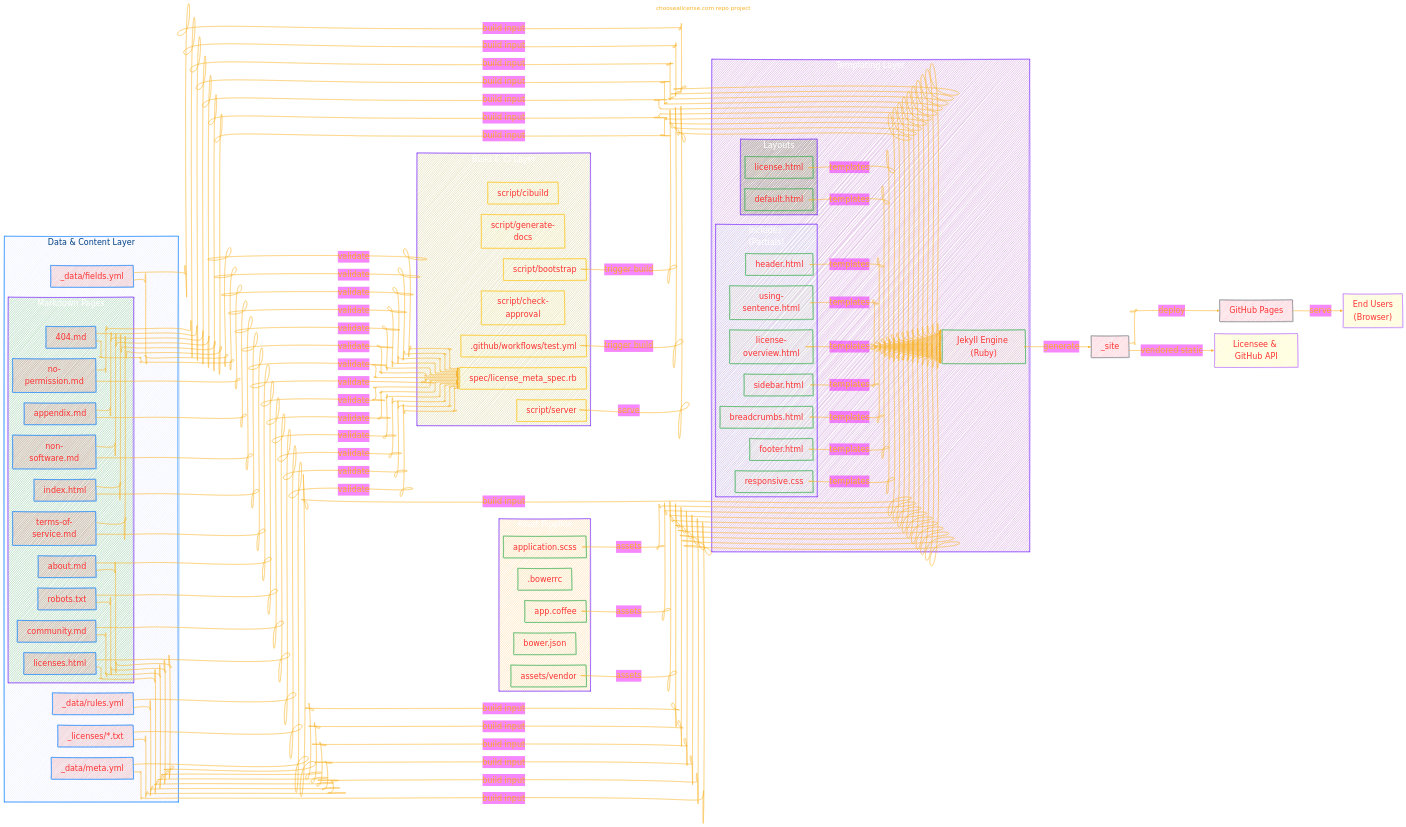
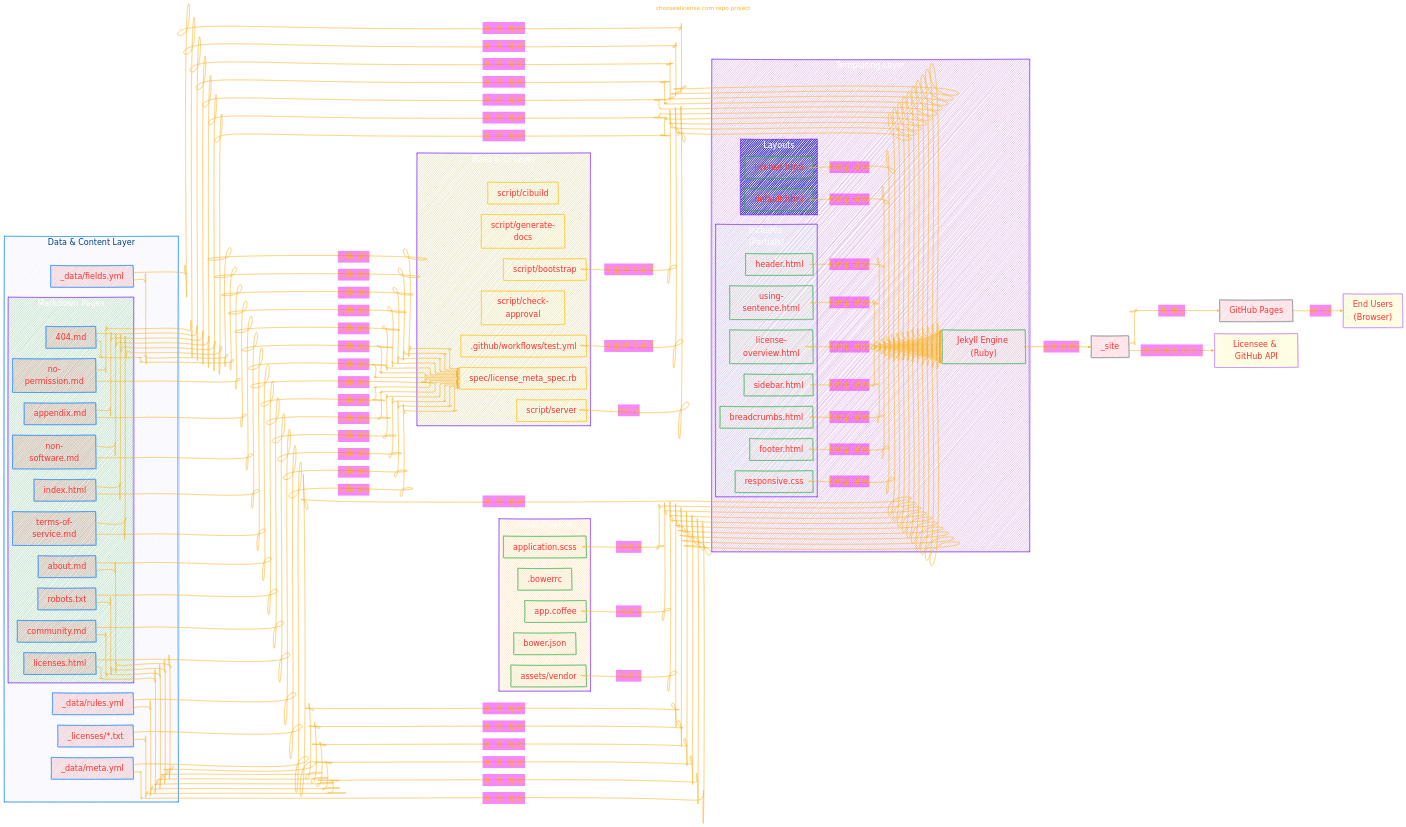
One commit to CongLeSolutionX/ArchExplorer changed the first of 2 diagrams in GITHUB/choosealicense.com.md. Above: the diagram before and after it, drawn with Mermaid.

Commit message:
update notes

```diff
--- a/GITHUB/choosealicense.com.md
+++ b/GITHUB/choosealicense.com.md
@@ -105,7 +105,7 @@
       
       subgraph Layouts["Layouts"]
       direction TB
-      style Layouts fill:#AA99,stroke:#72f,color:#FFFF
+      style Layouts fill:#22BB,stroke:#72f,color:#FFFF
         layoutDefault["default.html"]:::processing
         layoutLicense["license.html"]:::processing
       end
```
